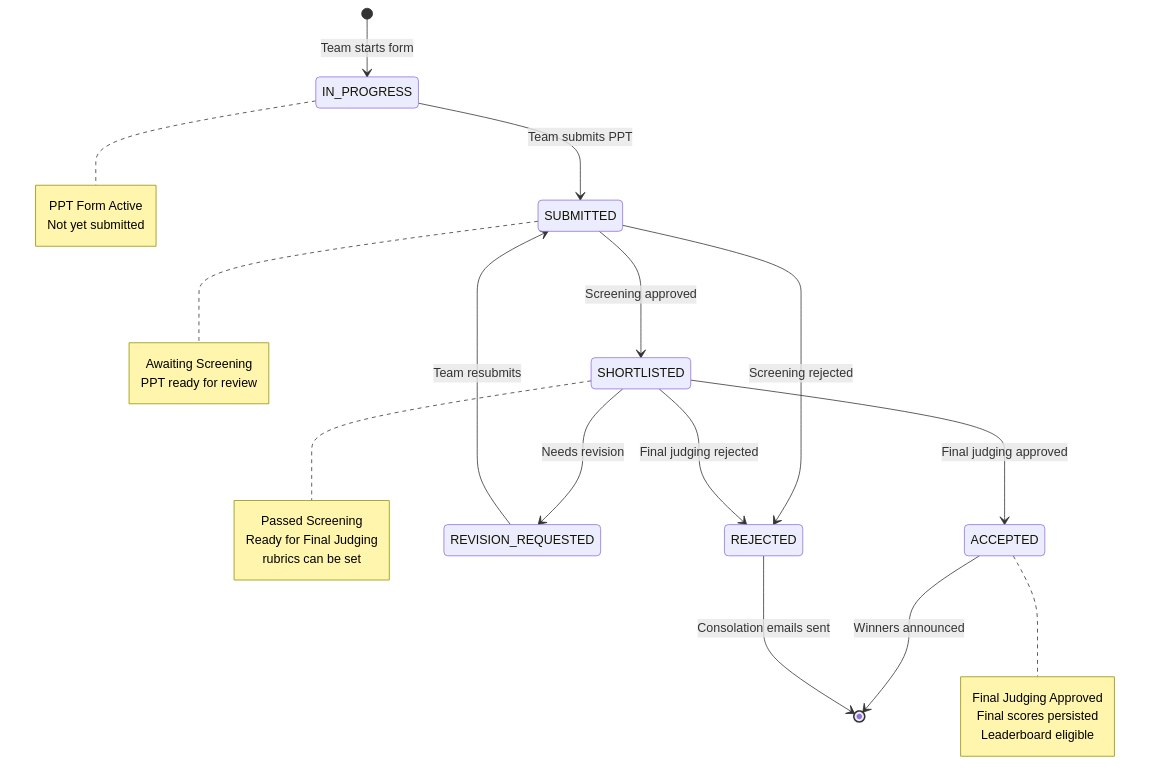
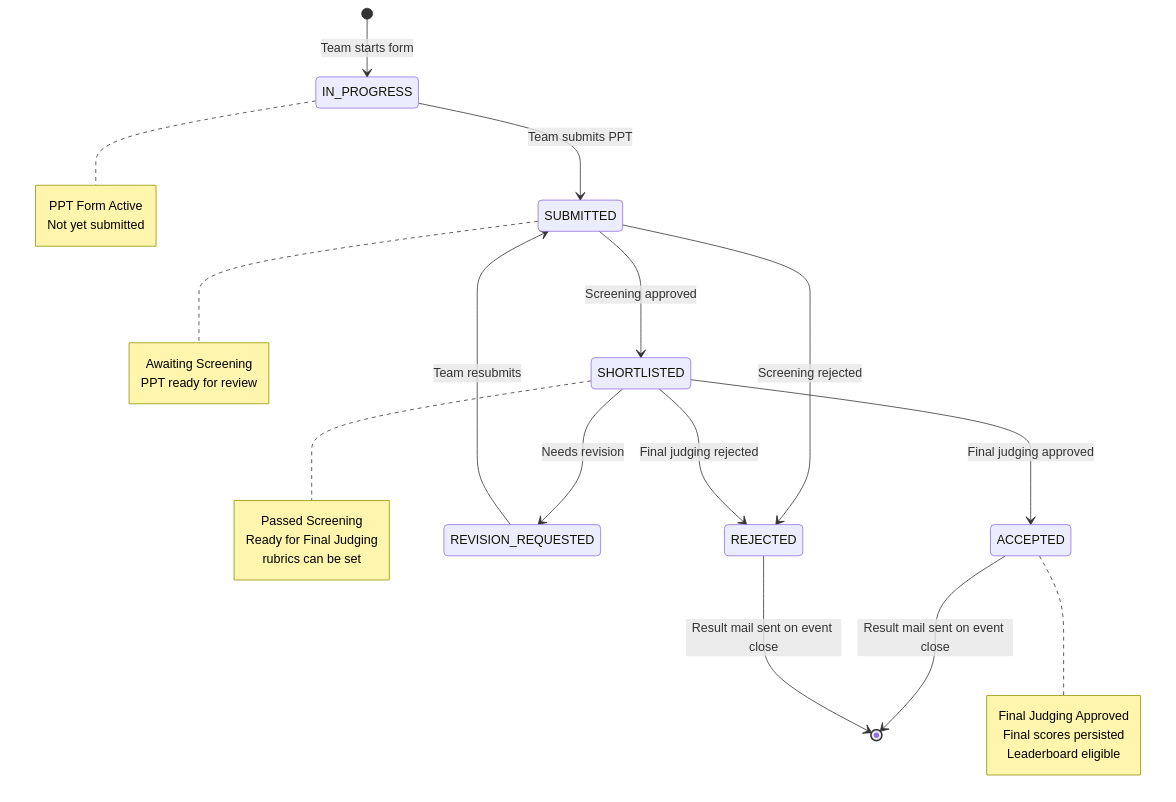
Before and after one commit to Newer1107/CoE-Main: diagram 14 of 36 in README.md, drawn with Mermaid. The commit also changed other lines of this file, not shown here.

````diff
--- a/README.md
+++ b/README.md
@@ -630,40 +636,40 @@
 ```mermaid
 stateDiagram-v2
   [*] --> IN_PROGRESS: Team starts form
 
   IN_PROGRESS --> SUBMITTED: Team submits PPT
 
   SUBMITTED --> SHORTLISTED: Screening approved
   SUBMITTED --> REJECTED: Screening rejected
 
   SHORTLISTED --> ACCEPTED: Final judging approved
   SHORTLISTED --> REJECTED: Final judging rejected
   SHORTLISTED --> REVISION_REQUESTED: Needs revision
 
   REVISION_REQUESTED --> SUBMITTED: Team resubmits
 
-  ACCEPTED --> [*]: Winners announced
-  REJECTED --> [*]: Consolation emails sent
+  ACCEPTED --> [*]: Result mail sent on event close
+  REJECTED --> [*]: Result mail sent on event close
 
   note right of IN_PROGRESS
     PPT Form Active
     Not yet submitted
   end note
 
   note right of SUBMITTED
     Awaiting Screening
     PPT ready for review
   end note
 
   note right of SHORTLISTED
     Passed Screening
     Ready for Final Judging
     rubrics can be set
   end note
 
   note right of ACCEPTED
     Final Judging Approved
     Final scores persisted
     Leaderboard eligible
   end note
 ```
````
